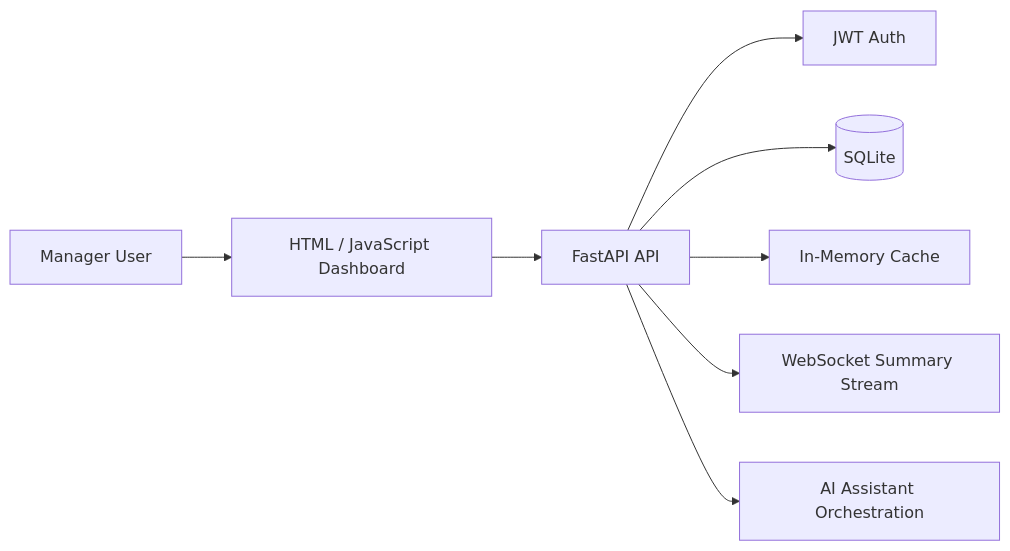
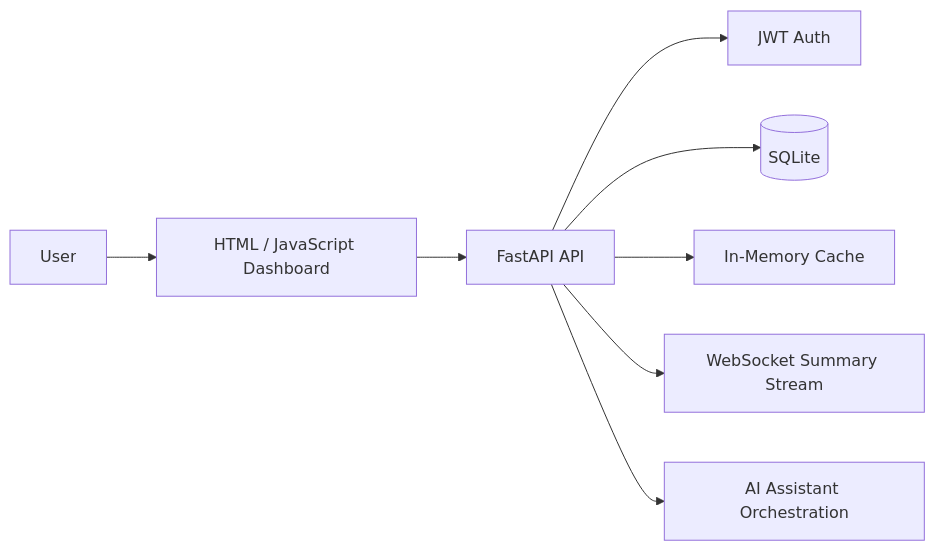
The third of 3 diagrams in OVERALL_ARCHITECTURE.md (baqspaces/hotel-noshow-prediction-llm-agent), drawn with Mermaid before and after one commit.

````diff
--- a/OVERALL_ARCHITECTURE.md
+++ b/OVERALL_ARCHITECTURE.md
@@ -53,10 +53,10 @@
 ```mermaid
 flowchart LR
-    U[Manager User] --> UI[HTML / JavaScript Dashboard]
+    U[User] --> UI[HTML / JavaScript Dashboard]
     UI --> API[FastAPI API]
     API --> AUTH[JWT Auth]
     API --> DB[(SQLite)]
     API --> CACHE[In-Memory Cache]
     API --> WS[WebSocket Summary Stream]
     API --> ASSIST[AI Assistant Orchestration]
 ```
````
